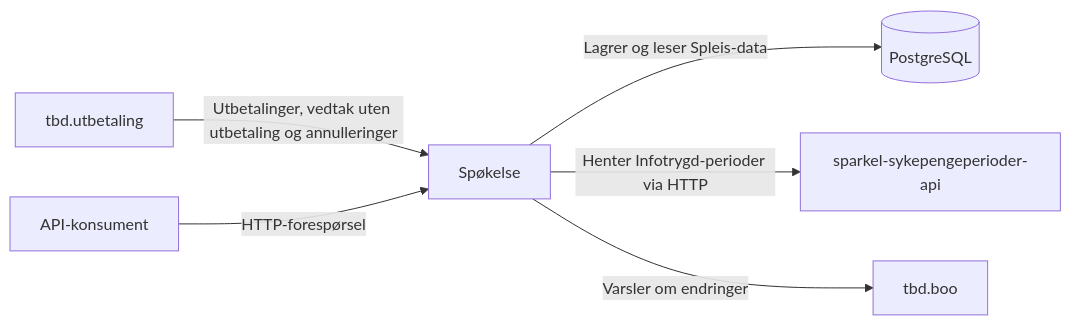
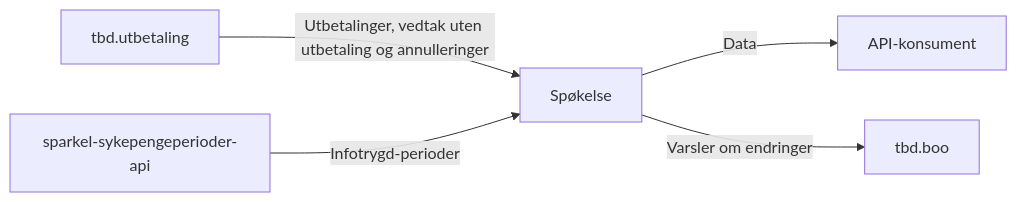
Before and after one commit to navikt/helse-spokelse: the diagram in README.md, drawn with Mermaid. The commit also changed other lines of this file, not shown here.

````diff
--- a/README.md
+++ b/README.md
@@ -30,8 +13,7 @@
 ```mermaid
 flowchart LR
     utbetaling["tbd.utbetaling"] -->|Utbetalinger, vedtak uten utbetaling og annulleringer| spokelse["Spøkelse"]
-    spokelse -->|Lagrer og leser Spleis-data| database[("PostgreSQL")]
-    spokelse -->|Henter Infotrygd-perioder via HTTP| infotrygd["sparkel-sykepengeperioder-api"]
-    konsument["API-konsument"] -->|HTTP-forespørsel| spokelse
+    infotrygd["sparkel-sykepengeperioder-api"] -->|Infotrygd-perioder| spokelse
+    spokelse -->|Data| konsument["API-konsument"]
     spokelse -->|Varsler om endringer| boo["tbd.boo"]
 ```
````
